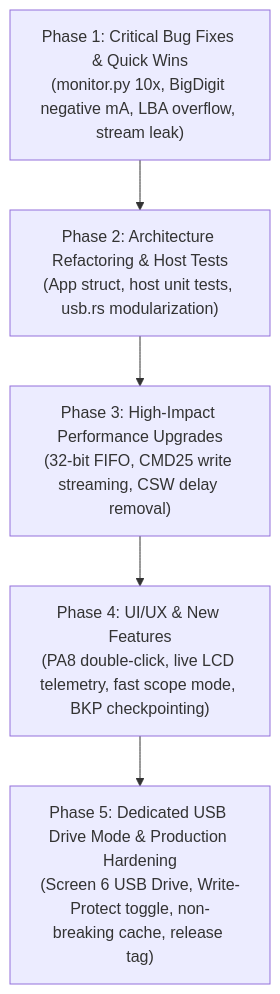
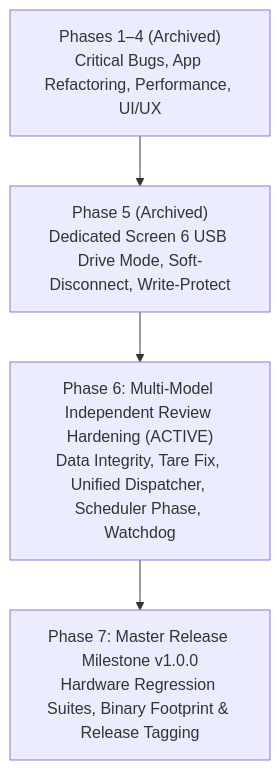
Before and after one commit to arunj123/longan_nano: the diagram in docs/FIRMWARE_REVIEW_AND_ROADMAP.md, drawn with Mermaid. The commit also changed other lines of this file and 1 other file, not shown here.

First line of the commit message:
docs(roadmap): Consolidate multi-model reviews and define Phase 6 plan

````diff
--- a/docs/FIRMWARE_REVIEW_AND_ROADMAP.md
+++ b/docs/FIRMWARE_REVIEW_AND_ROADMAP.md
@@ -217,7 +196,6 @@
 ```mermaid
 flowchart TD
-    P1["Phase 1: Critical Bug Fixes & Quick Wins<br/>(monitor.py 10x, BigDigit negative mA, LBA overflow, stream leak)"] --> P2["Phase 2: Architecture Refactoring & Host Tests<br/>(App struct, host unit tests, usb.rs modularization)"]
-    P2 --> P3["Phase 3: High-Impact Performance Upgrades<br/>(32-bit FIFO, CMD25 write streaming, CSW delay removal)"]
-    P3 --> P4["Phase 4: UI/UX & New Features<br/>(PA8 double-click, live LCD telemetry, fast scope mode, BKP checkpointing)"]
-    P4 --> P5["Phase 5: Dedicated USB Drive Mode & Production Hardening<br/>(Screen 6 USB Drive, Write-Protect toggle, non-breaking cache, release tag)"]
+    P1to4["Phases 1–4 (Archived)<br/>Critical Bugs, App Refactoring, Performance, UI/UX"] --> P5["Phase 5 (Archived)<br/>Dedicated Screen 6 USB Drive Mode, Soft-Disconnect, Write-Protect"]
+    P5 --> P6["Phase 6: Multi-Model Independent Review Hardening (ACTIVE)<br/>Data Integrity, Tare Fix, Unified Dispatcher, Scheduler Phase, Watchdog"]
+    P6 --> P7["Phase 7: Master Release Milestone v1.0.0<br/>Hardware Regression Suites, Binary Footprint & Release Tagging"]
 ```
````
